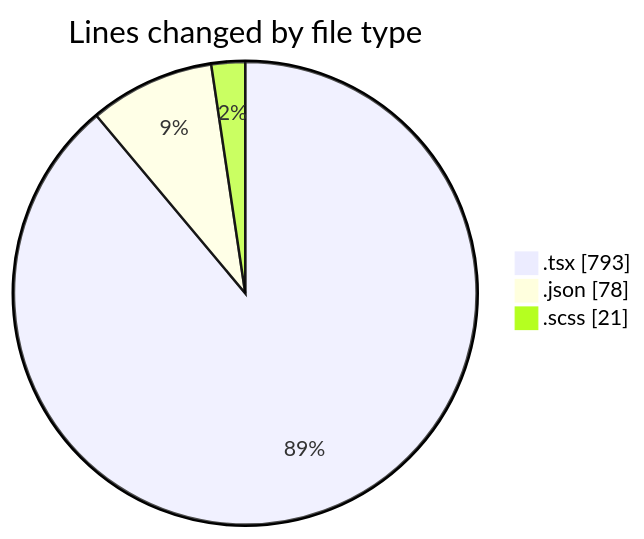
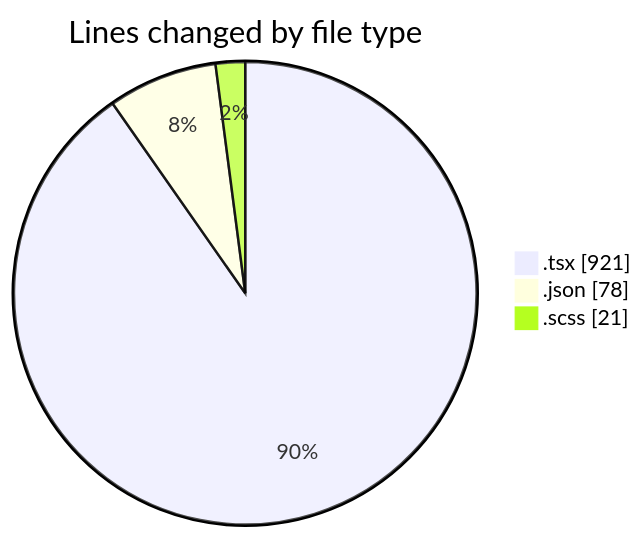
The first of 2 diagrams in 2026-09-29/cda/README.md (momahboobian/code-tracking), drawn with Mermaid before and after one commit. The commit also changed other lines of this file and 1 other file, not shown here.

````diff
--- a/2026-09-29/cda/README.md
+++ b/2026-09-29/cda/README.md
@@ -25,7 +26,7 @@
 ```mermaid
 pie showData
 title Lines changed by file type
-".tsx" : 793
+".tsx" : 921
 ".json" : 78
 ".scss" : 21
 ```
````
